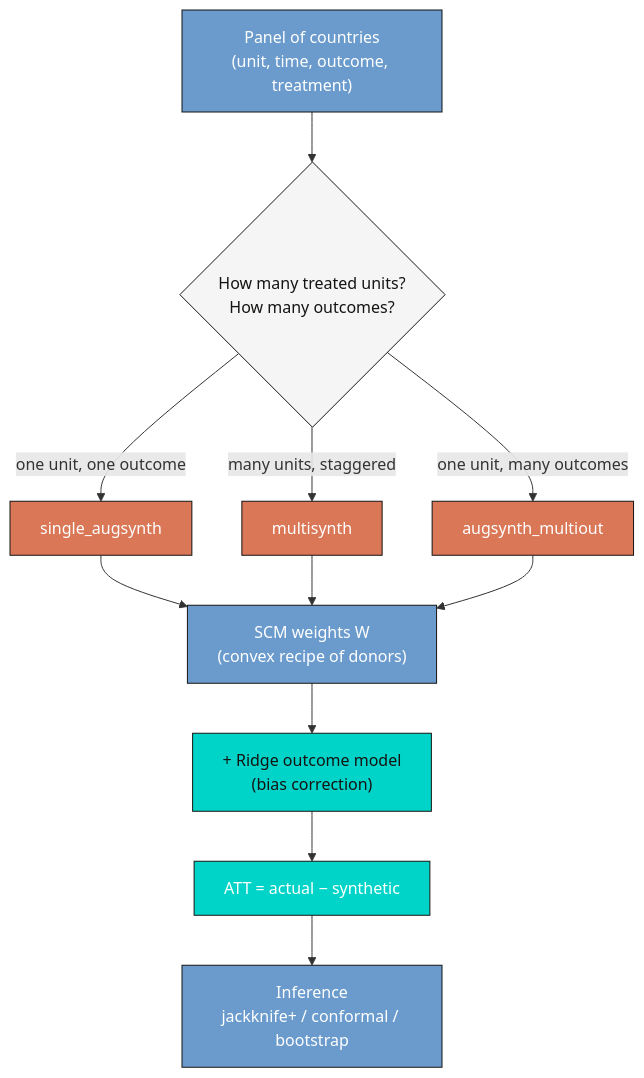
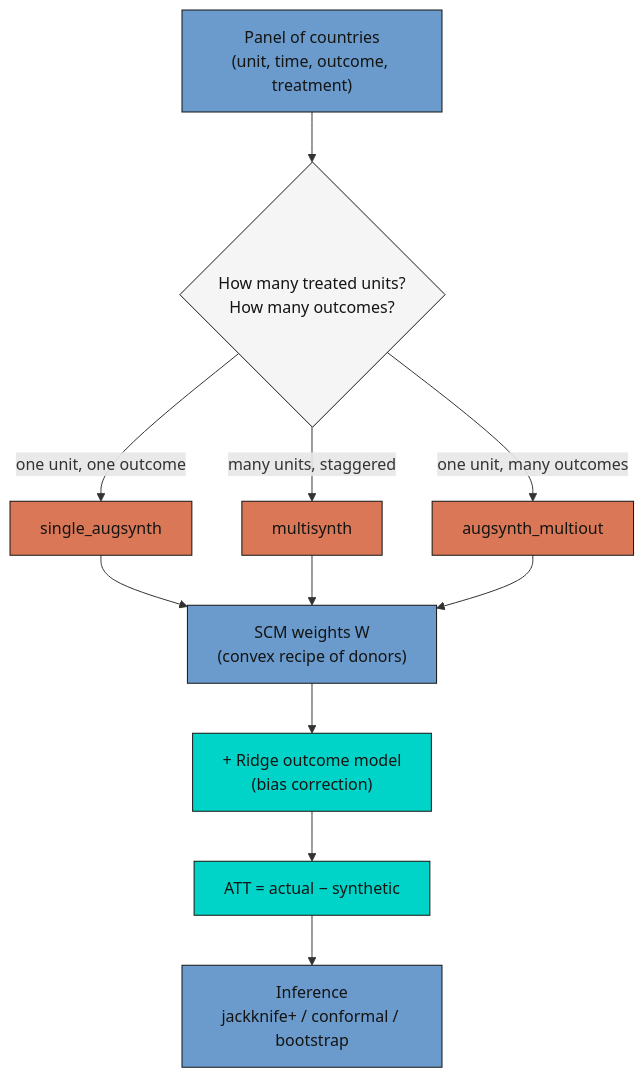
Before and after one commit to cmg777/starter-academic-v501: the diagram in content/post/r_sc_multi_country/index.md, drawn with Mermaid. The commit also changed 67 other files, not shown here.

First line of the commit message:
fix(mermaid): readable diagram text in both themes across the site

````diff
--- a/content/post/r_sc_multi_country/index.md
+++ b/content/post/r_sc_multi_country/index.md
@@ -121,22 +121,23 @@
 ```mermaid
 flowchart TD
     P["Panel of countries<br/>(unit, time, outcome, treatment)"] --> D{"How many treated units?<br/>How many outcomes?"}
     D -->|one unit, one outcome| S["single_augsynth"]
     D -->|many units, staggered| M["multisynth"]
     D -->|one unit, many outcomes| O["augsynth_multiout"]
     S --> W["SCM weights W<br/>(convex recipe of donors)"]
     M --> W
     O --> W
     W --> R["+ Ridge outcome model<br/>(bias correction)"]
     R --> A["ATT = actual − synthetic"]
     A --> I["Inference<br/>jackknife+ / conformal / bootstrap"]
-    style P fill:#6a9bcc,stroke:#141413,color:#fff
-    style D fill:#f5f5f5,stroke:#141413,color:#141413
-    style S fill:#d97757,stroke:#141413,color:#fff
-    style M fill:#d97757,stroke:#141413,color:#fff
-    style O fill:#d97757,stroke:#141413,color:#fff
-    style W fill:#6a9bcc,stroke:#141413,color:#fff
+    style P fill:#6a9bcc,stroke:#141413,color:#141413
+    classDef sty_D fill:#f5f5f5,stroke:#141413,color:#141413
+    class D sty_D
+    style S fill:#d97757,stroke:#141413,color:#141413
+    style M fill:#d97757,stroke:#141413,color:#141413
+    style O fill:#d97757,stroke:#141413,color:#141413
+    style W fill:#6a9bcc,stroke:#141413,color:#141413
     style R fill:#00d4c8,stroke:#141413,color:#141413
-    style A fill:#00d4c8,stroke:#141413,color:#fff
-    style I fill:#6a9bcc,stroke:#141413,color:#fff
+    style A fill:#00d4c8,stroke:#141413,color:#141413
+    style I fill:#6a9bcc,stroke:#141413,color:#141413
 ```
````
